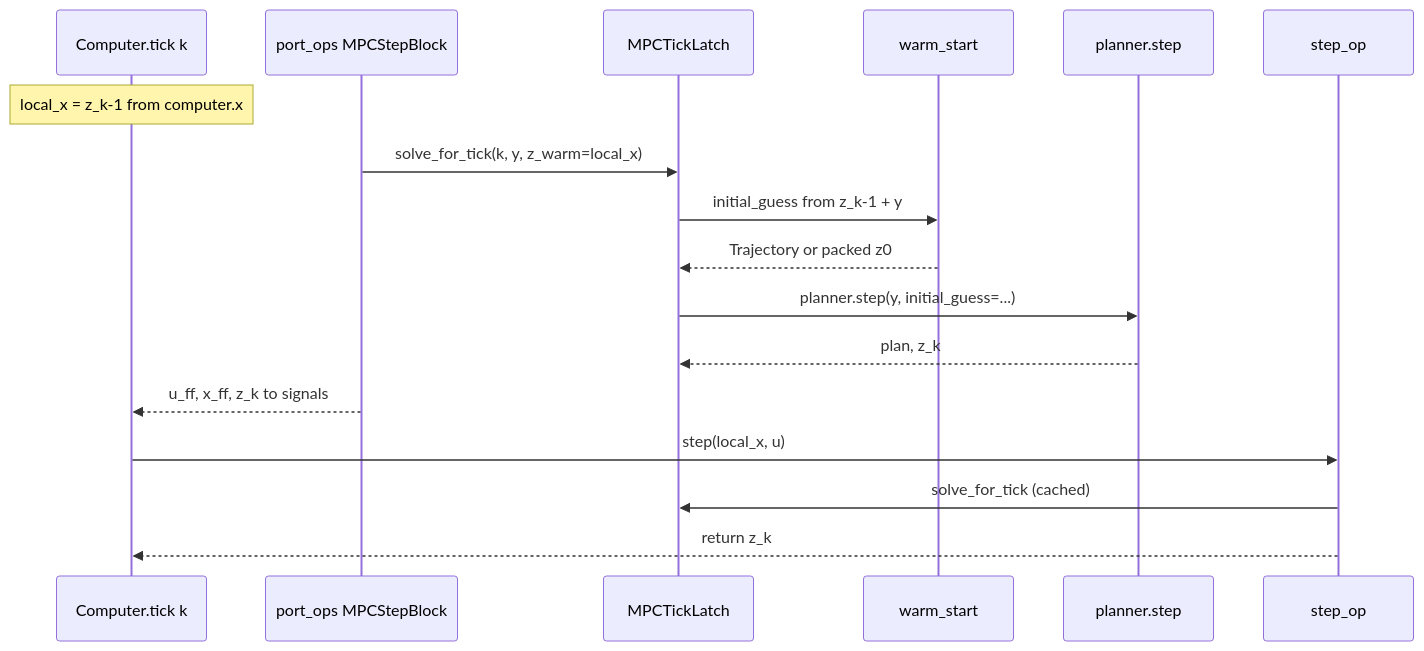
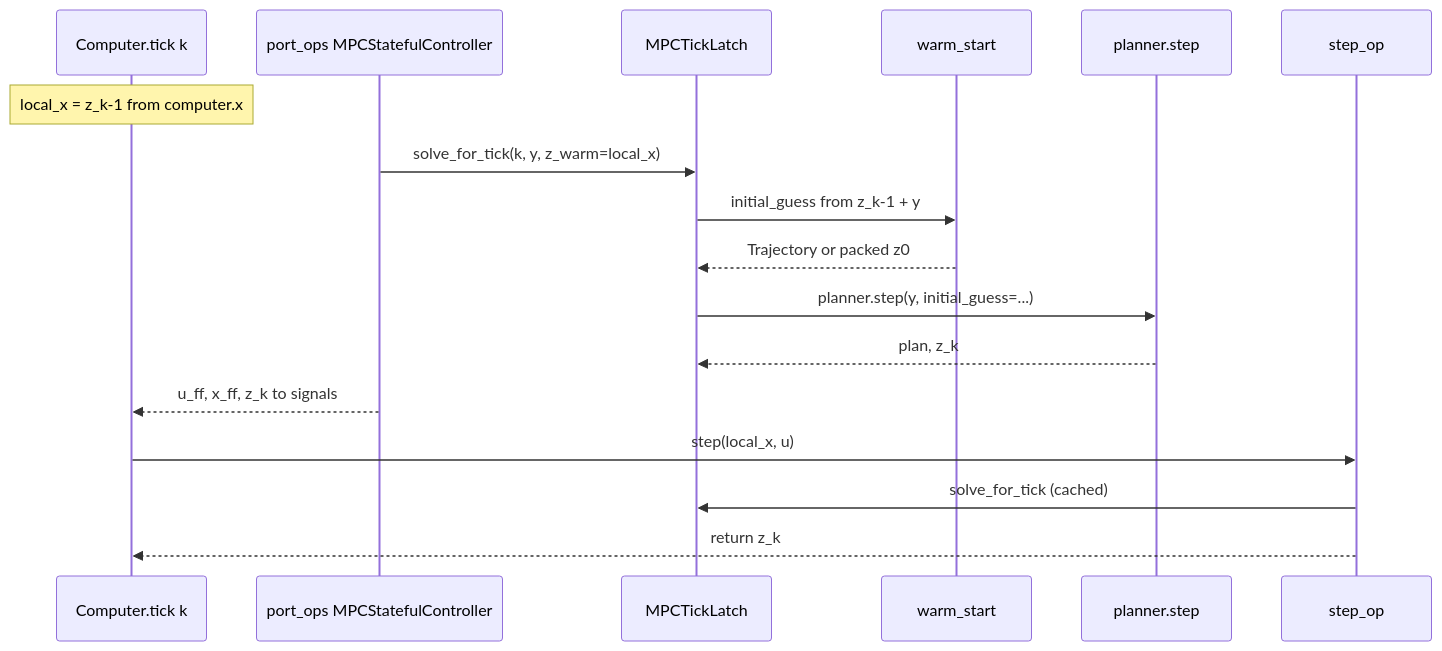
Before and after one commit to alx87grd/minilink: the third of 3 diagrams in docs/plans/hybrid-discrete/06-mpc-step-block.md, drawn with Mermaid. The commit also changed other lines of this file and 22 other files, not shown here.

````diff
--- a/docs/plans/hybrid-discrete/06-mpc-step-block.md
+++ b/docs/plans/hybrid-discrete/06-mpc-step-block.md
@@ -239,20 +239,20 @@
 ```mermaid
 sequenceDiagram
   participant C as Computer.tick k
-  participant P as port_ops MPCStepBlock
+  participant P as port_ops MPCStatefulController
   participant L as MPCTickLatch
   participant W as warm_start
   participant NLP as planner.step
   participant S as step_op
 
   Note over C: local_x = z_k-1 from computer.x
   P->>L: solve_for_tick(k, y, z_warm=local_x)
   L->>W: initial_guess from z_k-1 + y
   W-->>L: Trajectory or packed z0
   L->>NLP: planner.step(y, initial_guess=...)
   NLP-->>L: plan, z_k
   P-->>C: u_ff, x_ff, z_k to signals
   C->>S: step(local_x, u)
   S->>L: solve_for_tick (cached)
   S-->>C: return z_k
 ```
````
